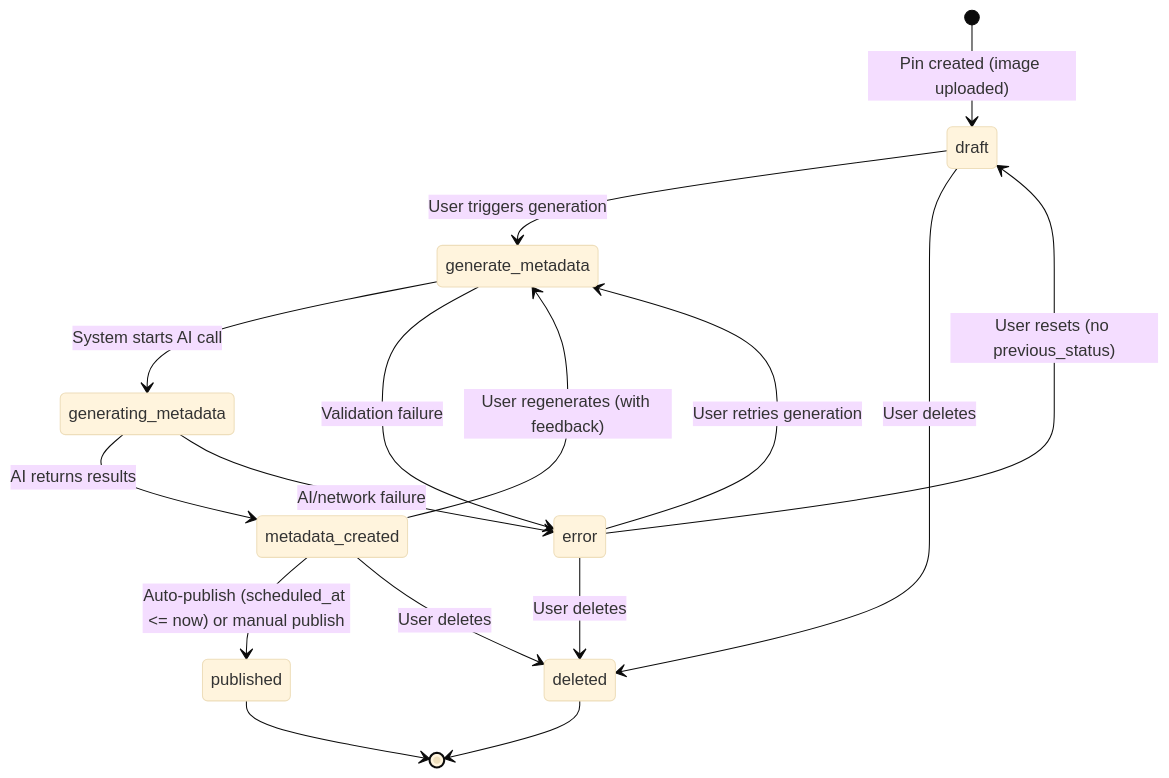
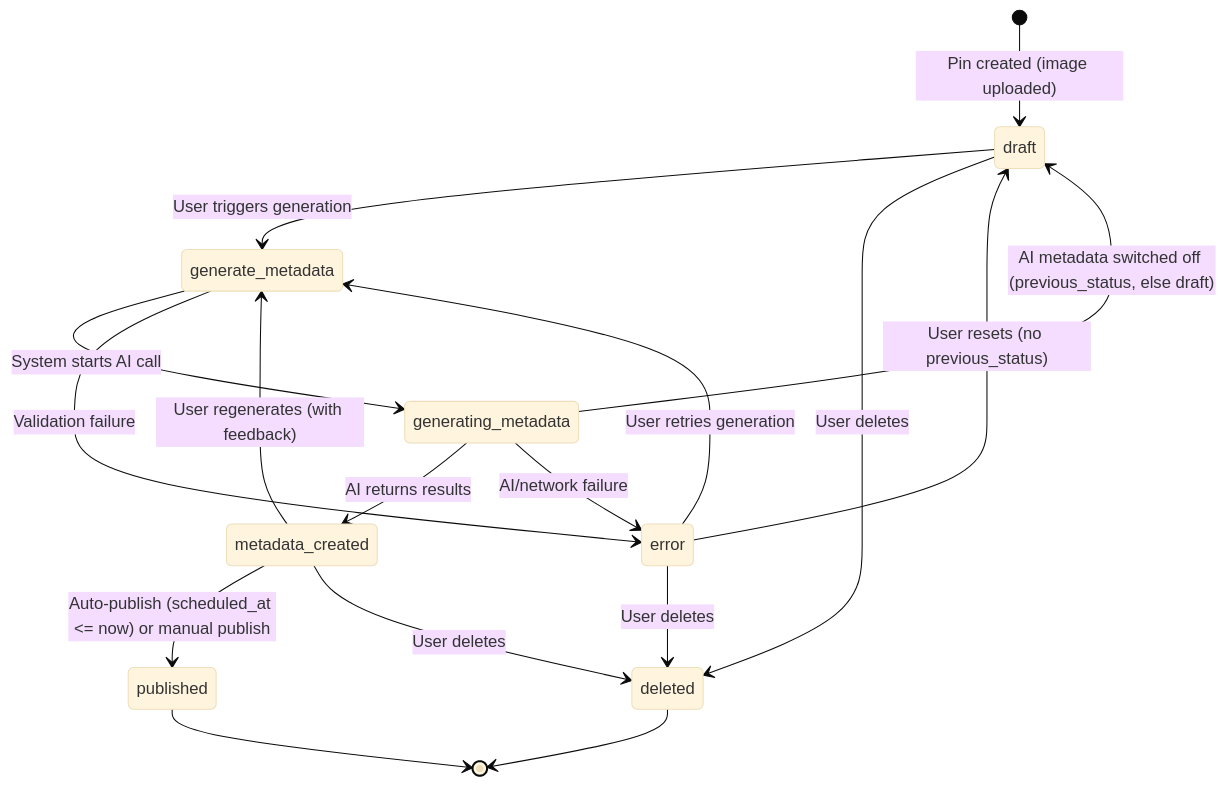
One commit to theaussie86/petra-pinterest changed the diagram in docs/pin-status-flow.md. Above: the diagram before and after it, drawn with Mermaid (base theme). The commit also changed other lines of this file and 3 other files, not shown here.

````diff
--- a/docs/pin-status-flow.md
+++ b/docs/pin-status-flow.md
@@ -5,25 +5,26 @@
 ```mermaid
 stateDiagram-v2
     [*] --> draft : Pin created (image uploaded)
 
     draft --> generate_metadata : User triggers generation
     draft --> deleted : User deletes
 
     generate_metadata --> generating_metadata : System starts AI call
     generate_metadata --> error : Validation failure
 
     generating_metadata --> metadata_created : AI returns results
     generating_metadata --> error : AI/network failure
+    generating_metadata --> draft : AI metadata switched off (previous_status, else draft)
 
     metadata_created --> generate_metadata : User regenerates (with feedback)
     metadata_created --> published : Auto-publish (scheduled_at <= now) or manual publish
     metadata_created --> deleted : User deletes
 
     published --> [*]
 
     error --> draft : User resets (no previous_status)
     error --> generate_metadata : User retries generation
     error --> deleted : User deletes
 
     deleted --> [*]
 ```
````
